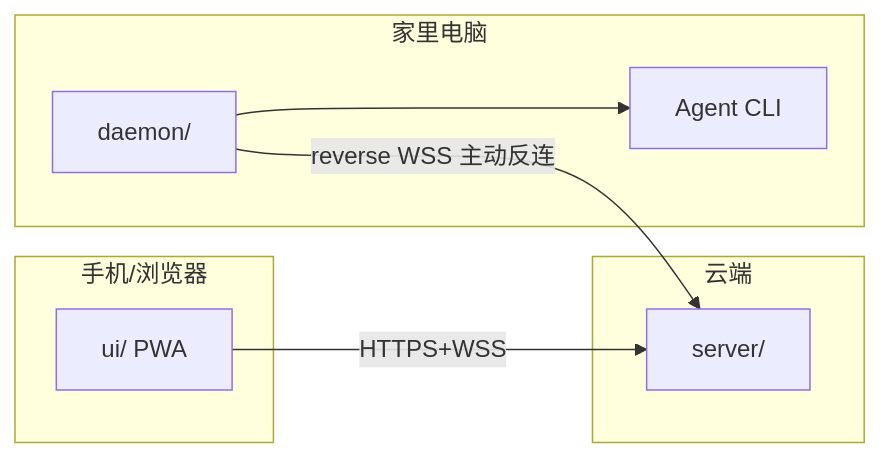
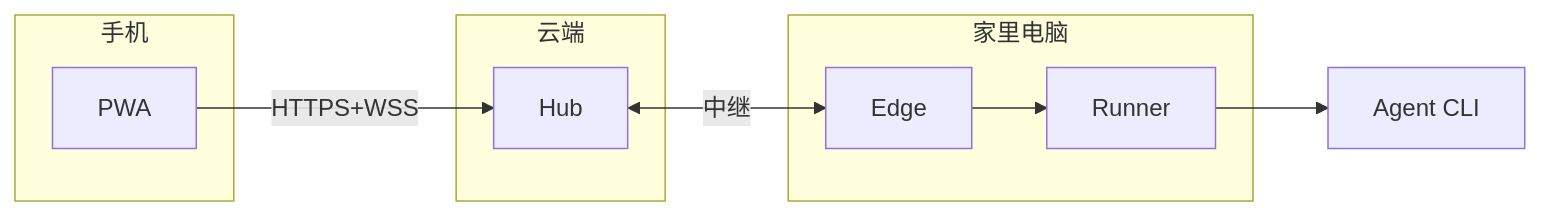
Before and after one commit to TokenDanceLab/AgentHub: the seventh of 10 diagrams in docs/architecture.md, drawn with Mermaid. The commit also changed other lines of this file and 62 other files, not shown here.

Commit message:
refactor: 重构为 Hub-Edge-Runner 工程化 monorepo

````diff
--- a/docs/architecture.md
+++ b/docs/architecture.md
@@ -127,19 +151,22 @@
 ```mermaid
 graph LR
-    subgraph Mobile["手机/浏览器"]
-        UI["ui/ PWA"]
+    subgraph Phone["手机"]
+        MUI["PWA"]
     end
 
     subgraph Cloud["云端"]
-        Server["server/"]
+        Hub["Hub"]
     end
 
     subgraph Home["家里电脑"]
-        Daemon["daemon/"]
-        Agent["Agent CLI"]
+        Edge["Edge"]
+        Runner["Runner"]
     end
 
-    UI -->|"HTTPS+WSS"| Server
-    Daemon -->|"reverse WSS 主动反连"| Server
-    Daemon --> Agent
+    Agent["Agent CLI"]
+
+    MUI -->|"HTTPS+WSS"| Hub
+    Hub <-->|"中继"| Edge
+    Edge --> Runner
+    Runner --> Agent
 ```
````
